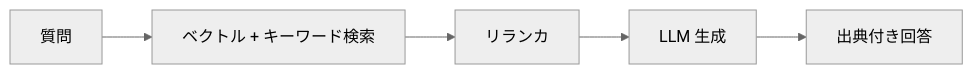
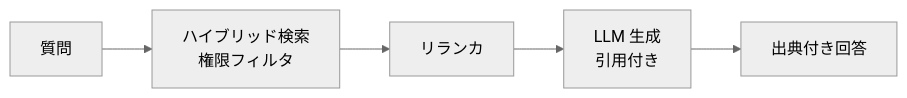
Before and after one commit to mike-sugimoto/ai-tech-notes: the first of 3 diagrams in src/content/docs/use-cases/reference-architectures.md, drawn with Mermaid (neutral theme). The commit also changed other lines of this file and 4 other files, not shown here.

````diff
--- a/src/content/docs/use-cases/reference-architectures.md
+++ b/src/content/docs/use-cases/reference-architectures.md
@@ -13,7 +14,4 @@
 ```mermaid
 flowchart LR
-    Q[質問] --> HY[ベクトル + キーワード検索]
-    HY --> RR[リランカ]
-    RR --> LLM[LLM 生成]
-    LLM --> A[出典付き回答]
+    Q[質問] --> HY[ハイブリッド検索<br/>権限フィルタ] --> RR[リランカ] --> LLM[LLM 生成<br/>引用付き] --> A[出典付き回答]
 ```
````
